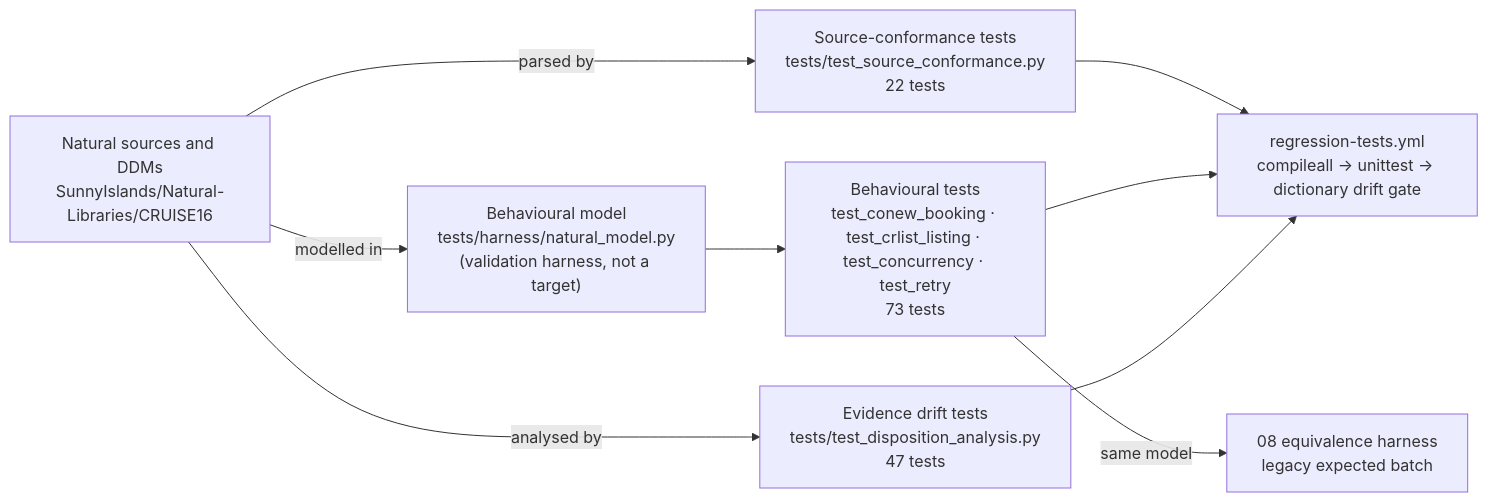
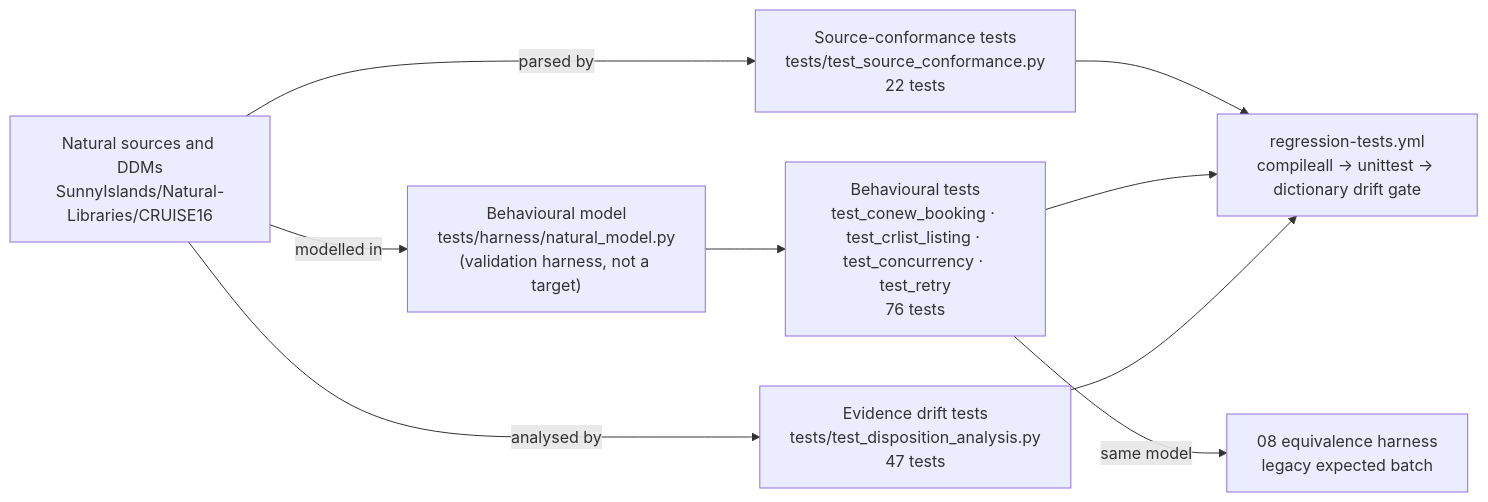
Before and after one commit to COG-GTM/ADABAS-natural-for-ajax-devops-sample-application: the diagram in fpps-hcm-modernization-deliverable/09-unit-test-regression-jcl-runcompare/test-generation-approach.md, drawn with Mermaid. The commit also changed other lines of this file and 7 other files, not shown here.

````diff
--- a/fpps-hcm-modernization-deliverable/09-unit-test-regression-jcl-runcompare/test-generation-approach.md
+++ b/fpps-hcm-modernization-deliverable/09-unit-test-regression-jcl-runcompare/test-generation-approach.md
@@ -35,9 +35,9 @@
 ```mermaid
 flowchart LR
     SRC["Natural sources and DDMs<br/>SunnyIslands/Natural-Libraries/CRUISE16"] -->|"parsed by"| CONF["Source-conformance tests<br/>tests/test_source_conformance.py<br/>22 tests"]
     SRC -->|"modelled in"| MODEL["Behavioural model<br/>tests/harness/natural_model.py<br/>(validation harness, not a target)"]
-    MODEL --> BEH["Behavioural tests<br/>test_conew_booking · test_crlist_listing · test_concurrency · test_retry<br/>73 tests"]
+    MODEL --> BEH["Behavioural tests<br/>test_conew_booking · test_crlist_listing · test_concurrency · test_retry<br/>76 tests"]
     SRC -->|"analysed by"| DISP["Evidence drift tests<br/>tests/test_disposition_analysis.py<br/>47 tests"]
     CONF & BEH & DISP --> CI["regression-tests.yml<br/>compileall → unittest → dictionary drift gate"]
     BEH -->|"same model"| EQ["08 equivalence harness<br/>legacy expected batch"]
 ```
````
